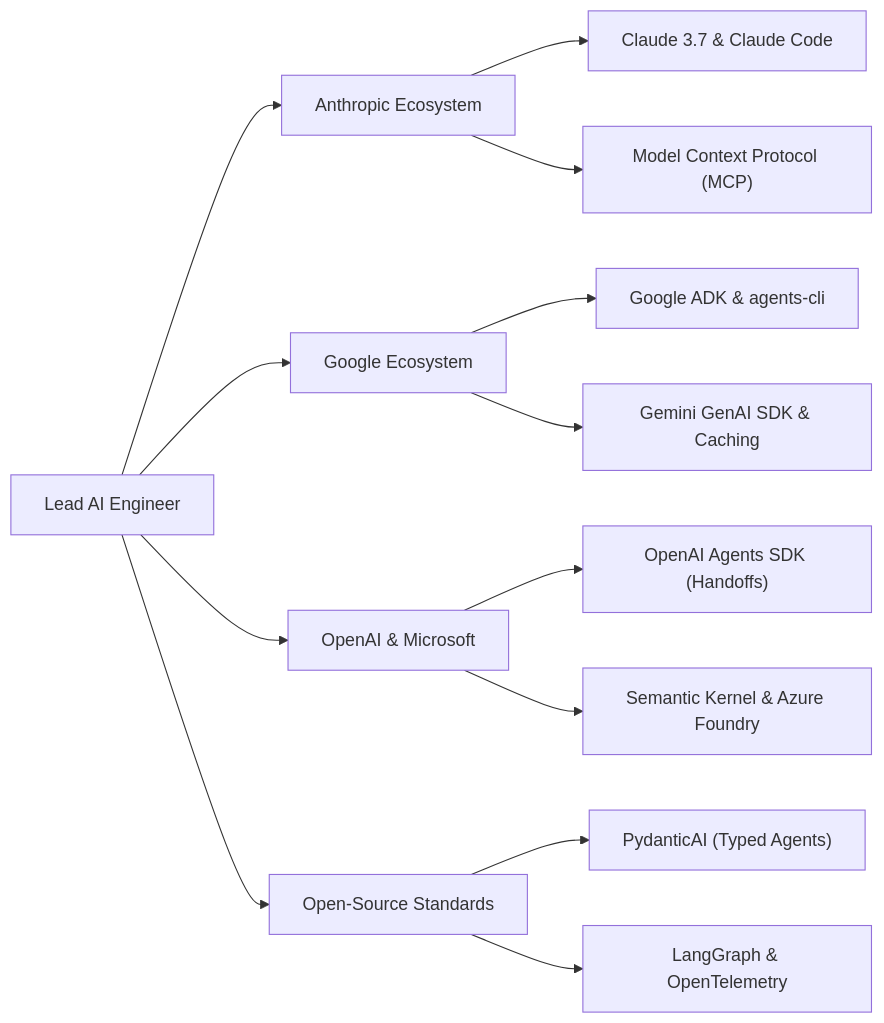
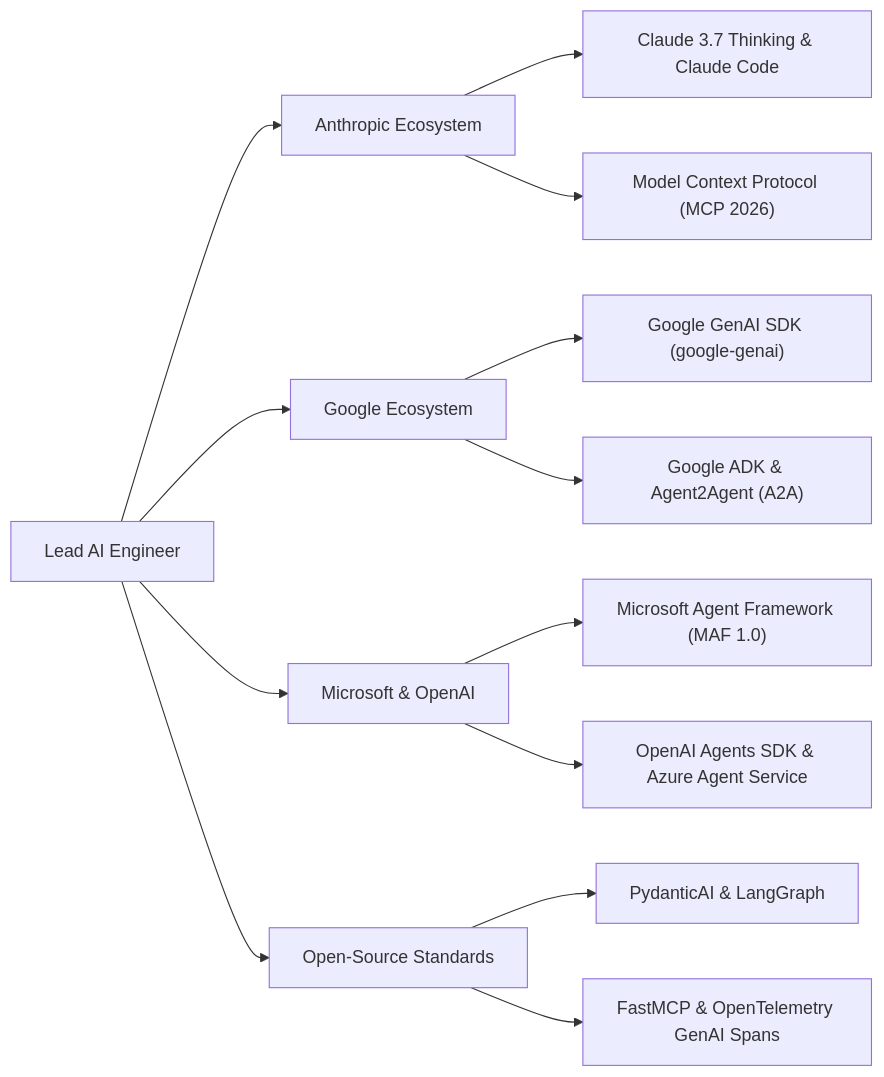
The fourth of 4 diagrams in README.md (dip4k/senior-engineer-to-ai-engineer-roadmap), drawn with Mermaid before and after one commit. The commit also changed other lines of this file and 39 other files, not shown here.

First line of the commit message:
Enhance use case documentation for Enterprise AI, including new architectural standards and resilience implementations

````diff
--- a/README.md
+++ b/README.md
@@ -139,19 +170,19 @@
 ```mermaid
 flowchart LR
     A["Lead AI Engineer"] --> B["Anthropic Ecosystem"]
     A --> C["Google Ecosystem"]
-    A --> D["OpenAI & Microsoft"]
+    A --> D["Microsoft & OpenAI"]
     A --> E["Open-Source Standards"]
 
-    B --> B1["Claude 3.7 & Claude Code"]
-    B --> B2["Model Context Protocol (MCP)"]
+    B --> B1["Claude 3.7 Thinking & Claude Code"]
+    B --> B2["Model Context Protocol (MCP 2026)"]
 
-    C --> C1["Google ADK & agents-cli"]
-    C --> C2["Gemini GenAI SDK & Caching"]
+    C --> C1["Google GenAI SDK (google-genai)"]
+    C --> C2["Google ADK & Agent2Agent (A2A)"]
 
-    D --> D1["OpenAI Agents SDK (Handoffs)"]
-    D --> D2["Semantic Kernel & Azure Foundry"]
+    D --> D1["Microsoft Agent Framework (MAF 1.0)"]
+    D --> D2["OpenAI Agents SDK & Azure Agent Service"]
 
-    E --> E1["PydanticAI (Typed Agents)"]
-    E --> E2["LangGraph & OpenTelemetry"]
+    E --> E1["PydanticAI & LangGraph"]
+    E --> E2["FastMCP & OpenTelemetry GenAI Spans"]
 ```
````
